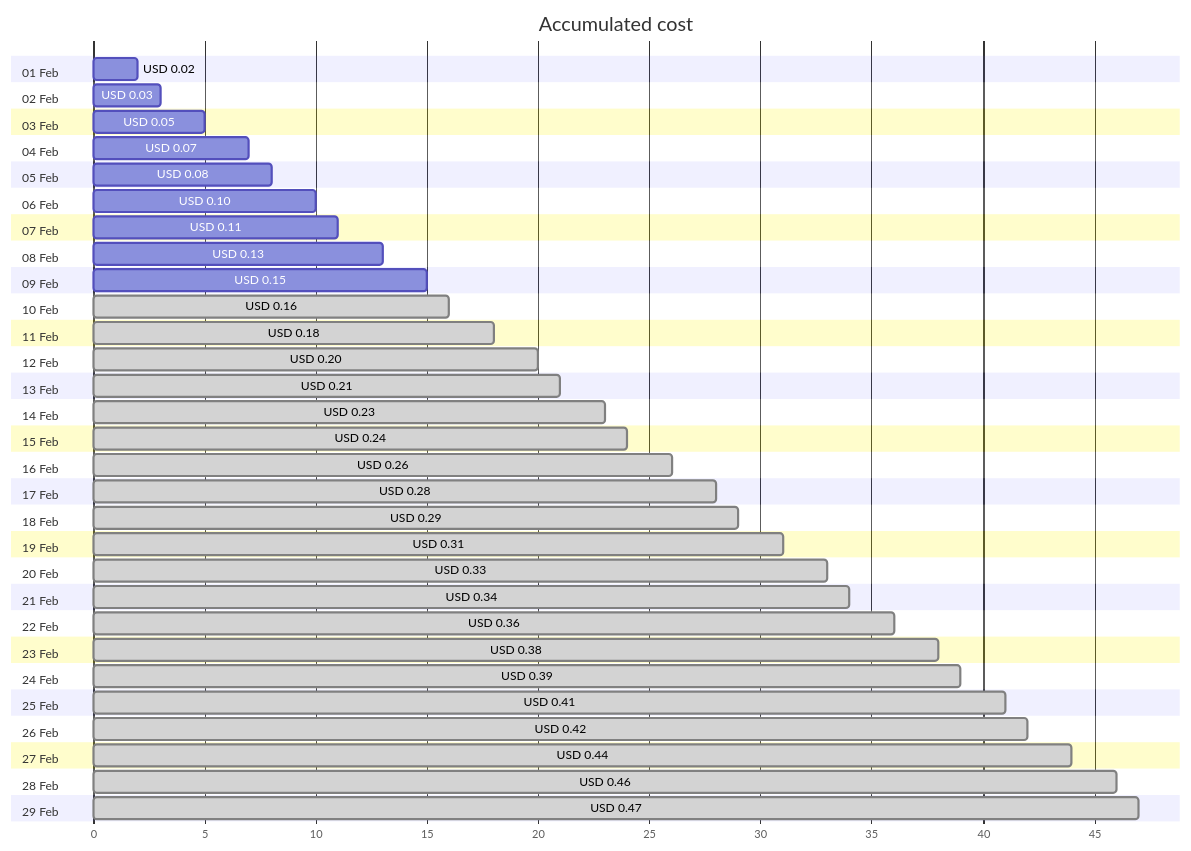
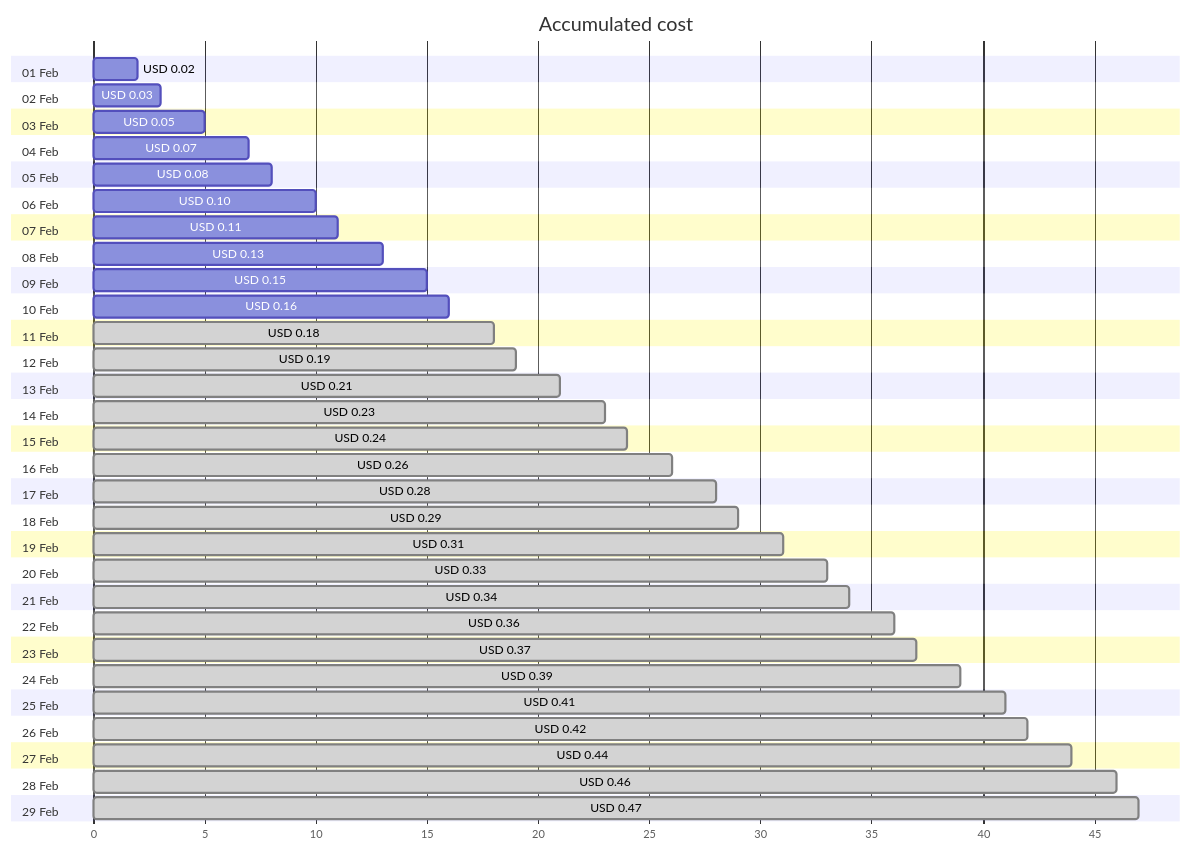
Before and after one commit to jpfulton/azure-personal-reports: the first of 4 diagrams in cost-reports/personal-dns/jpatrickfulton.com.md, drawn with Mermaid. The commit also changed other lines of this file and 2 other files, not shown here.

````diff
--- a/cost-reports/personal-dns/jpatrickfulton.com.md
+++ b/cost-reports/personal-dns/jpatrickfulton.com.md
@@ -20,64 +20,64 @@
 ```mermaid
 gantt
    title Accumulated cost
    dateFormat  X
    axisFormat %s
    section 01 Feb
    USD 0.02 :0, 2
    section 02 Feb
    USD 0.03 :0, 3
    section 03 Feb
    USD 0.05 :0, 5
    section 04 Feb
    USD 0.07 :0, 7
    section 05 Feb
    USD 0.08 :0, 8
    section 06 Feb
    USD 0.10 :0, 10
    section 07 Feb
    USD 0.11 :0, 11
    section 08 Feb
    USD 0.13 :0, 13
    section 09 Feb
    USD 0.15 :0, 15
    section 10 Feb
-   USD 0.16 : done, 0, 16
+   USD 0.16 :0, 16
    section 11 Feb
    USD 0.18 : done, 0, 18
    section 12 Feb
-   USD 0.20 : done, 0, 20
+   USD 0.19 : done, 0, 19
    section 13 Feb
    USD 0.21 : done, 0, 21
    section 14 Feb
    USD 0.23 : done, 0, 23
    section 15 Feb
    USD 0.24 : done, 0, 24
    section 16 Feb
    USD 0.26 : done, 0, 26
    section 17 Feb
    USD 0.28 : done, 0, 28
    section 18 Feb
    USD 0.29 : done, 0, 29
    section 19 Feb
    USD 0.31 : done, 0, 31
    section 20 Feb
    USD 0.33 : done, 0, 33
    section 21 Feb
    USD 0.34 : done, 0, 34
    section 22 Feb
    USD 0.36 : done, 0, 36
    section 23 Feb
-   USD 0.38 : done, 0, 38
+   USD 0.37 : done, 0, 37
    section 24 Feb
    USD 0.39 : done, 0, 39
    section 25 Feb
    USD 0.41 : done, 0, 41
    section 26 Feb
    USD 0.42 : done, 0, 42
    section 27 Feb
    USD 0.44 : done, 0, 44
    section 28 Feb
    USD 0.46 : done, 0, 46
    section 29 Feb
    USD 0.47 : done, 0, 47
 ```
````
